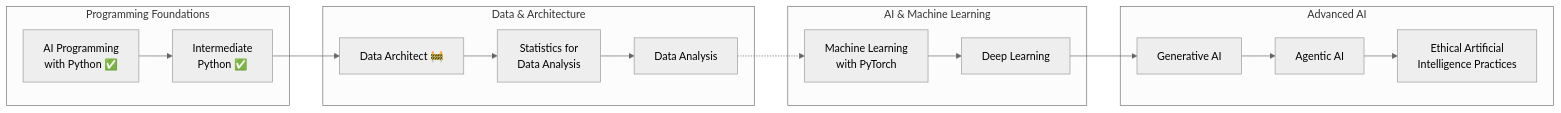
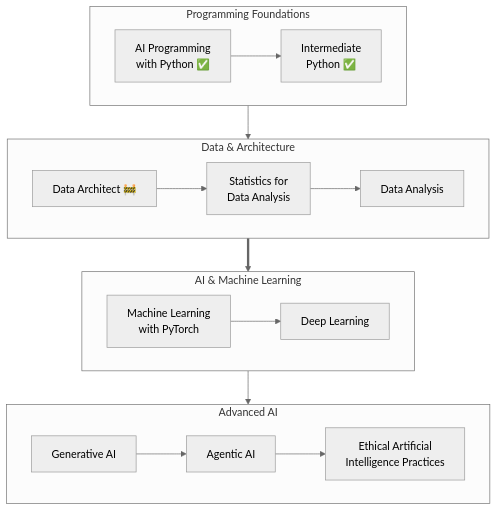
One commit to SwimLane2/udacity-ai-masters changed the diagram in README.md. Above: the diagram before and after it, drawn with Mermaid (neutral theme).

````diff
--- a/README.md
+++ b/README.md
@@ -40,49 +40,56 @@
 ```mermaid
-flowchart LR
+flowchart TB
+
+    %% Top Row
 
     subgraph "Programming Foundations"
+        direction LR
         A["AI Programming
 with Python ✅"]
-
         B["Intermediate
 Python ✅"]
+        A --> B
     end
 
     subgraph "Data & Architecture"
+        direction LR
         C["Data Architect 🚧"]
-
         D["Statistics for
 Data Analysis"]
+        E["Data Analysis"]
 
-        E["Data Analysis"]
+        C --> D --> E
     end
 
-    A --> B
     B --> C
-    C --> D
-    D --> E
 
     %% Second Row
 
     subgraph "AI & Machine Learning"
+        direction LR
         F["Machine Learning
 with PyTorch"]
 
         G["Deep Learning"]
+
+        F --> G
     end
 
     subgraph "Advanced AI"
+        direction LR
         H["Generative AI"]
 
         I["Agentic AI"]
 
         J["Ethical Artificial
 Intelligence Practices"]
+
+        H --> I --> J
     end
 
-    E -.-> F
-    F --> G
+    %% Curved transition downward
+
+    E ==> F
+
     G --> H
-    H --> I
-    I --> J
 ```
````
